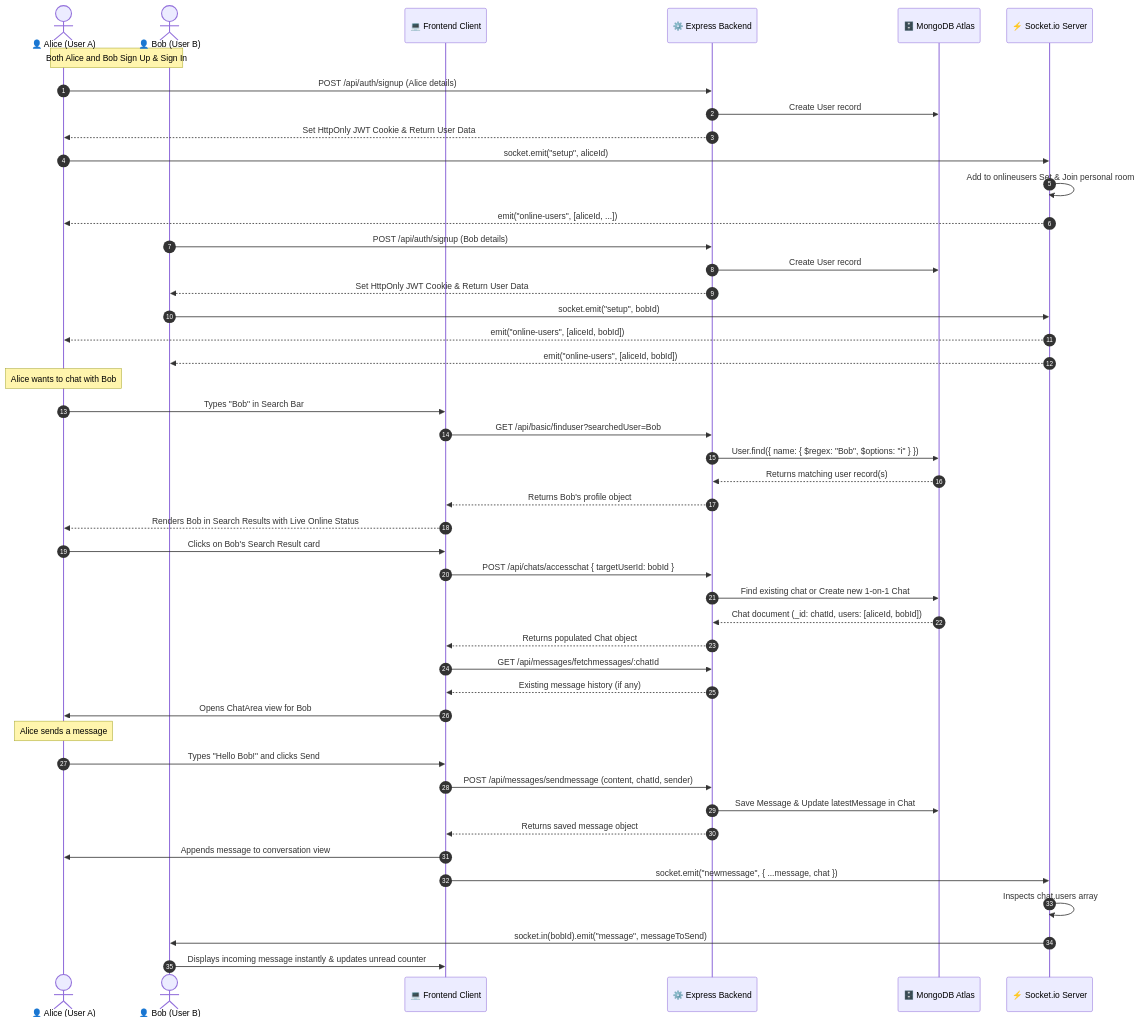
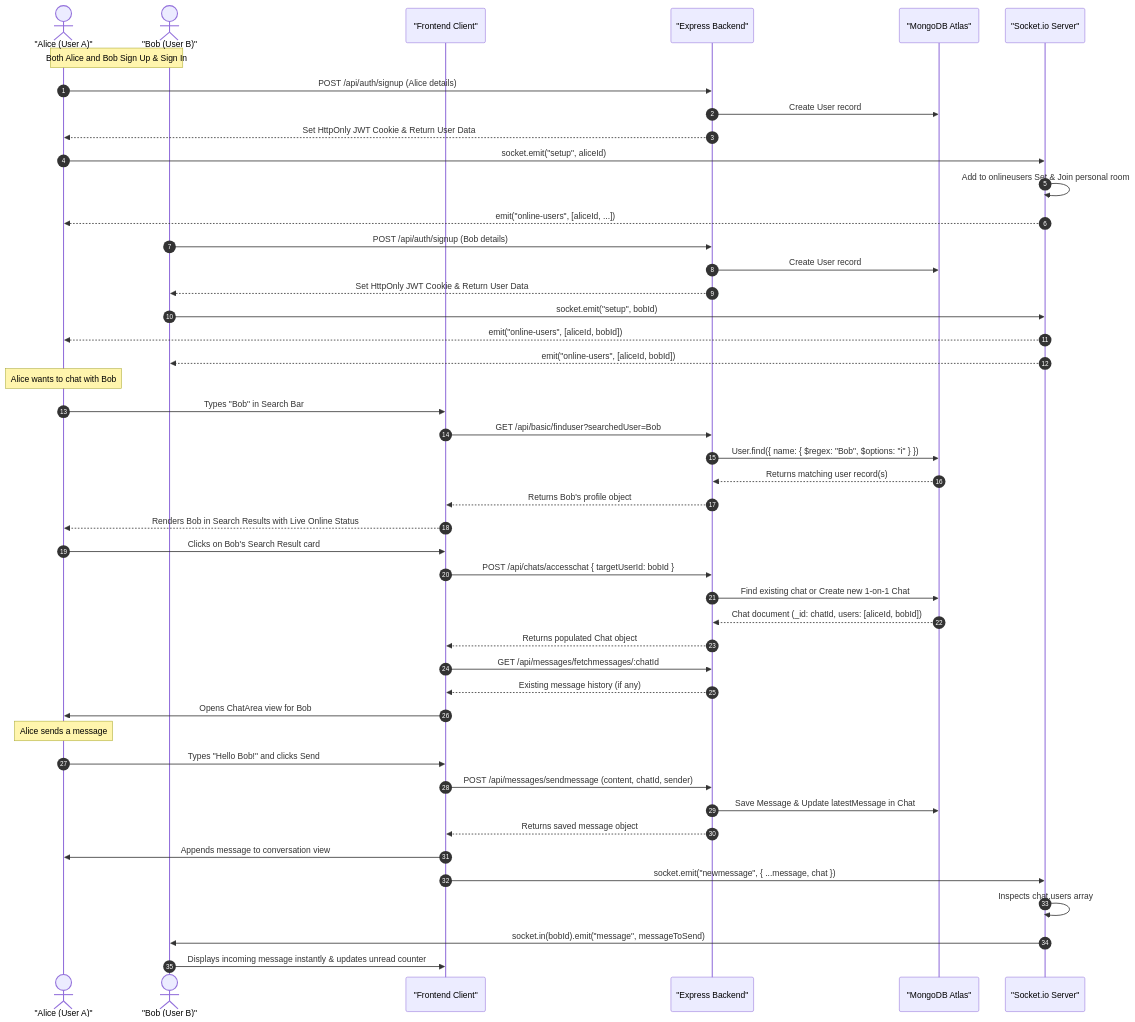
Before and after one commit to Bidhan012-ops/ChatFrontend: the second of 3 diagrams in README.md, drawn with Mermaid. The commit also changed other lines of this file, not shown here.

Commit message:
fix(readme): fix mermaid diagram syntax for github compatibility

````diff
--- a/README.md
+++ b/README.md
@@ -101,53 +111,53 @@
 ```mermaid
 sequenceDiagram
     autonumber
-    actor Alice as 👤 Alice (User A)
-    actor Bob as 👤 Bob (User B)
-    participant UI as 💻 Frontend Client
-    participant API as ⚙️ Express Backend
-    participant DB as 🗄️ MongoDB Atlas
-    participant WS as ⚡ Socket.io Server
+    actor Alice as "Alice (User A)"
+    actor Bob as "Bob (User B)"
+    participant UI as "Frontend Client"
+    participant API as "Express Backend"
+    participant DB as "MongoDB Atlas"
+    participant WS as "Socket.io Server"
 
     Note over Alice, Bob: Both Alice and Bob Sign Up & Sign In
     Alice->>API: POST /api/auth/signup (Alice details)
     API->>DB: Create User record
     API-->>Alice: Set HttpOnly JWT Cookie & Return User Data
     Alice->>WS: socket.emit("setup", aliceId)
     WS->>WS: Add to onlineusers Set & Join personal room
     WS-->>Alice: emit("online-users", [aliceId, ...])
 
     Bob->>API: POST /api/auth/signup (Bob details)
     API->>DB: Create User record
     API-->>Bob: Set HttpOnly JWT Cookie & Return User Data
     Bob->>WS: socket.emit("setup", bobId)
     WS-->>Alice: emit("online-users", [aliceId, bobId])
     WS-->>Bob: emit("online-users", [aliceId, bobId])
 
     Note over Alice: Alice wants to chat with Bob
     Alice->>UI: Types "Bob" in Search Bar
     UI->>API: GET /api/basic/finduser?searchedUser=Bob
     API->>DB: User.find({ name: { $regex: "Bob", $options: "i" } })
     DB-->>API: Returns matching user record(s)
     API-->>UI: Returns Bob's profile object
     UI-->>Alice: Renders Bob in Search Results with Live Online Status
 
     Alice->>UI: Clicks on Bob's Search Result card
     UI->>API: POST /api/chats/accesschat { targetUserId: bobId }
     API->>DB: Find existing chat or Create new 1-on-1 Chat
     DB-->>API: Chat document (_id: chatId, users: [aliceId, bobId])
     API-->>UI: Returns populated Chat object
     UI->>API: GET /api/messages/fetchmessages/:chatId
     API-->>UI: Existing message history (if any)
     UI->>Alice: Opens ChatArea view for Bob
 
     Note over Alice: Alice sends a message
     Alice->>UI: Types "Hello Bob!" and clicks Send
     UI->>API: POST /api/messages/sendmessage (content, chatId, sender)
     API->>DB: Save Message & Update latestMessage in Chat
     API-->>UI: Returns saved message object
     UI->>Alice: Appends message to conversation view
     UI->>WS: socket.emit("newmessage", { ...message, chat })
     WS->>WS: Inspects chat.users array
     WS->>Bob: socket.in(bobId).emit("message", messageToSend)
     Bob->>UI: Displays incoming message instantly & updates unread counter
 ```
````
